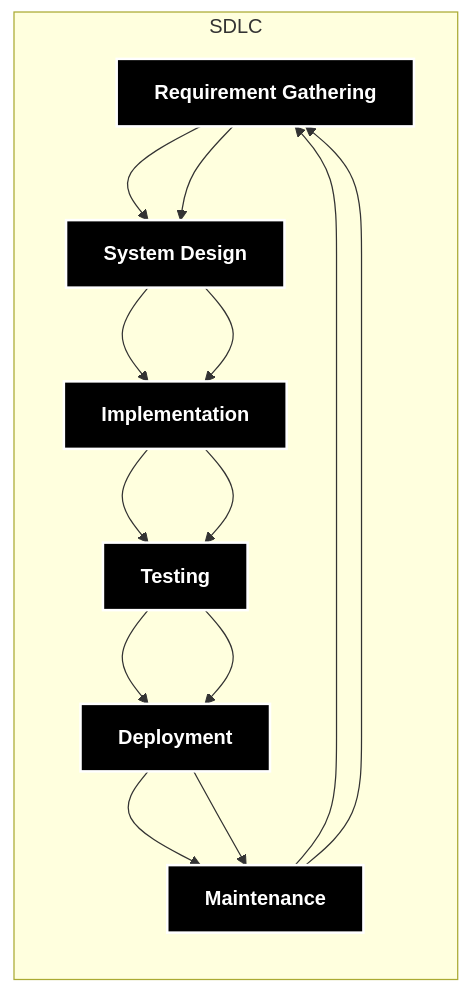
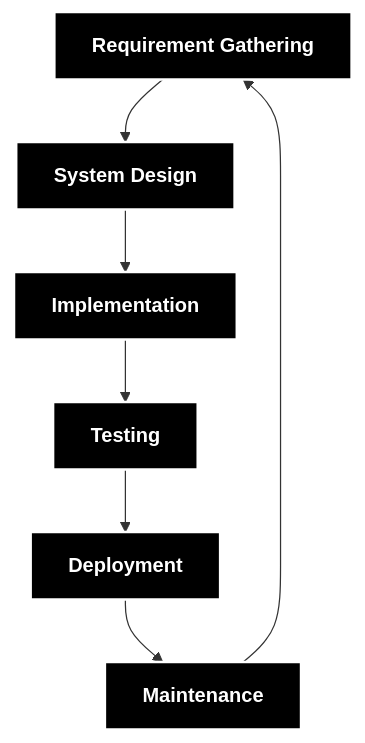
Before and after one commit to email4prasanth/MLOps_Notes: the diagram in 00_Intro.md, drawn with Mermaid.

Commit message:
added SDLC

````diff
--- a/00_Intro.md
+++ b/00_Intro.md
@@ -2,22 +2,17 @@
 ```mermaid
 flowchart TD
     A[Requirement Gathering] --> B[System Design]
     B --> C[Implementation]
     C --> D[Testing]
     D --> E[Deployment]
     E --> F[Maintenance]
     F --> A
 
     style A fill:#000,stroke:#fff,stroke-width:2px,color:#fff,font-weight:bold
     style B fill:#000,stroke:#fff,stroke-width:2px,color:#fff,font-weight:bold
     style C fill:#000,stroke:#fff,stroke-width:2px,color:#fff,font-weight:bold
     style D fill:#000,stroke:#fff,stroke-width:2px,color:#fff,font-weight:bold
     style E fill:#000,stroke:#fff,stroke-width:2px,color:#fff,font-weight:bold
     style F fill:#000,stroke:#fff,stroke-width:2px,color:#fff,font-weight:bold
 
-    %% Subgraph to enforce rectangular layout
-    subgraph SDLC
-        direction TB
-        A --> B --> C --> D --> E --> F --> A
-    end
 ```
````
